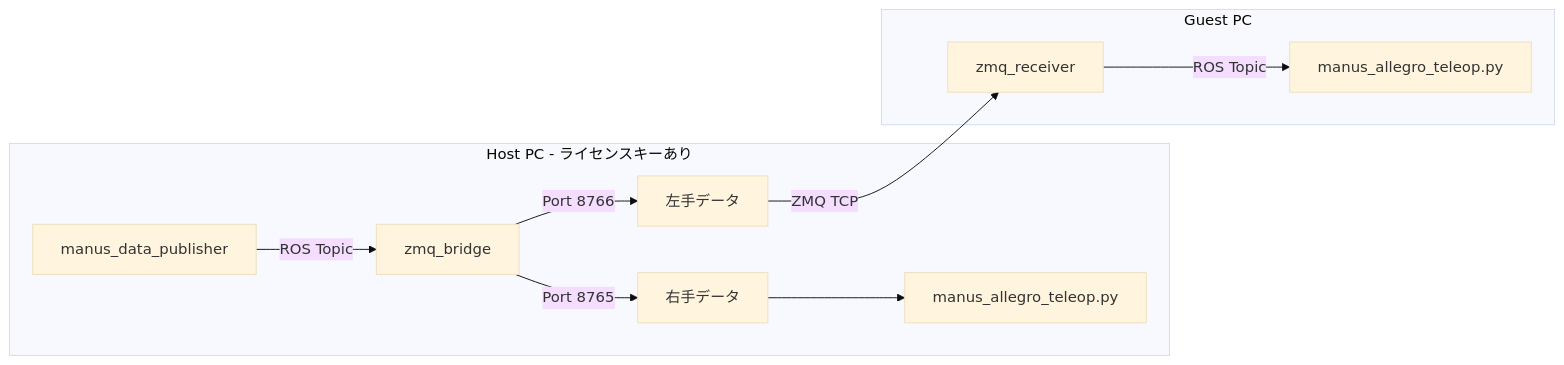
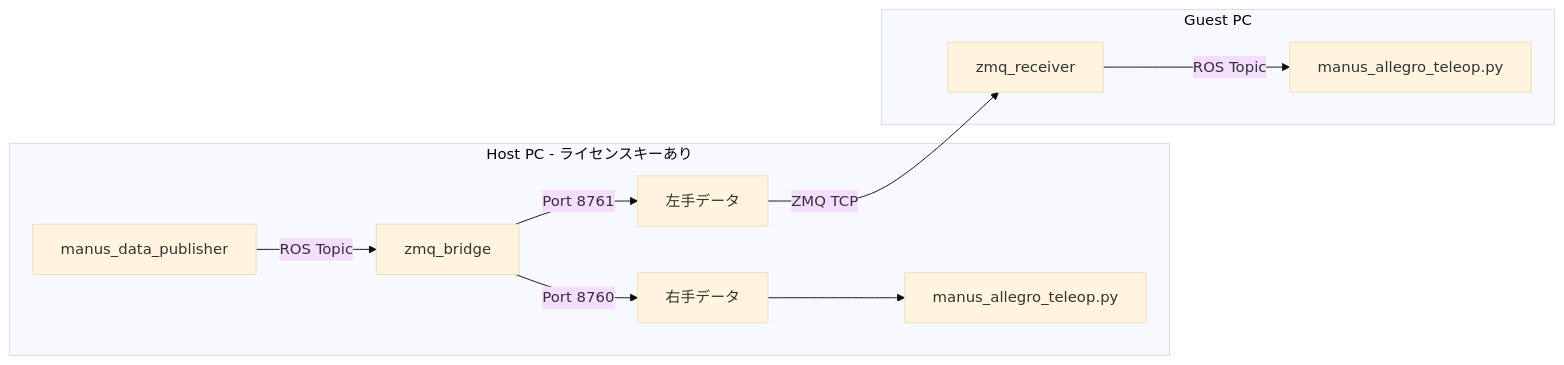
One commit to GeminiNinth/manus_ros2_transporter changed the first of 5 diagrams in README.ja.md. Above: the diagram before and after it, drawn with Mermaid (base theme). The commit also changed other lines of this file and 7 other files, not shown here.

````diff
--- a/README.ja.md
+++ b/README.ja.md
@@ -20,15 +20,15 @@
 ```mermaid
 flowchart LR
     subgraph HostPC [Host PC - ライセンスキーあり]
         MDP[manus_data_publisher] -->|ROS Topic| ZB[zmq_bridge]
-        ZB -->|Port 8765| R[右手データ]
-        ZB -->|Port 8766| L[左手データ]
+        ZB -->|Port 8760| R[右手データ]
+        ZB -->|Port 8761| L[左手データ]
         R --> LocalTeleop[manus_allegro_teleop.py]
     end
     
     subgraph GuestPC [Guest PC]
         ZR[zmq_receiver] -->|ROS Topic| GuestTeleop[manus_allegro_teleop.py]
     end
     
     L -->|ZMQ TCP| ZR
 ```
````
